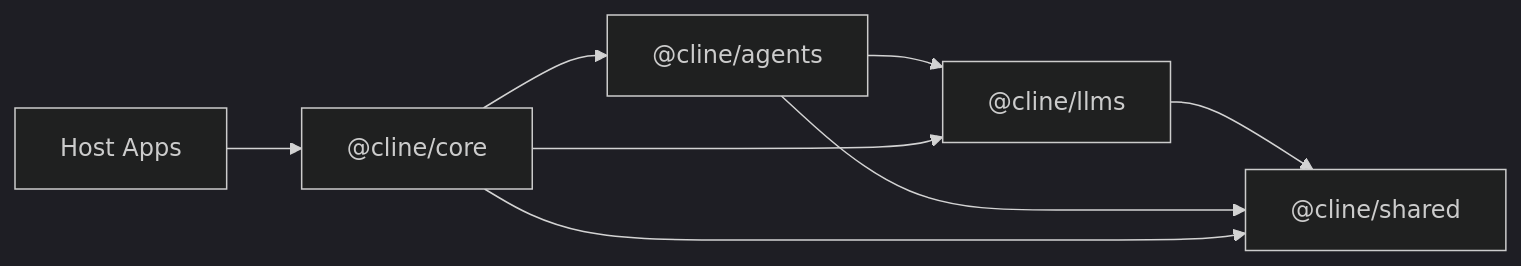
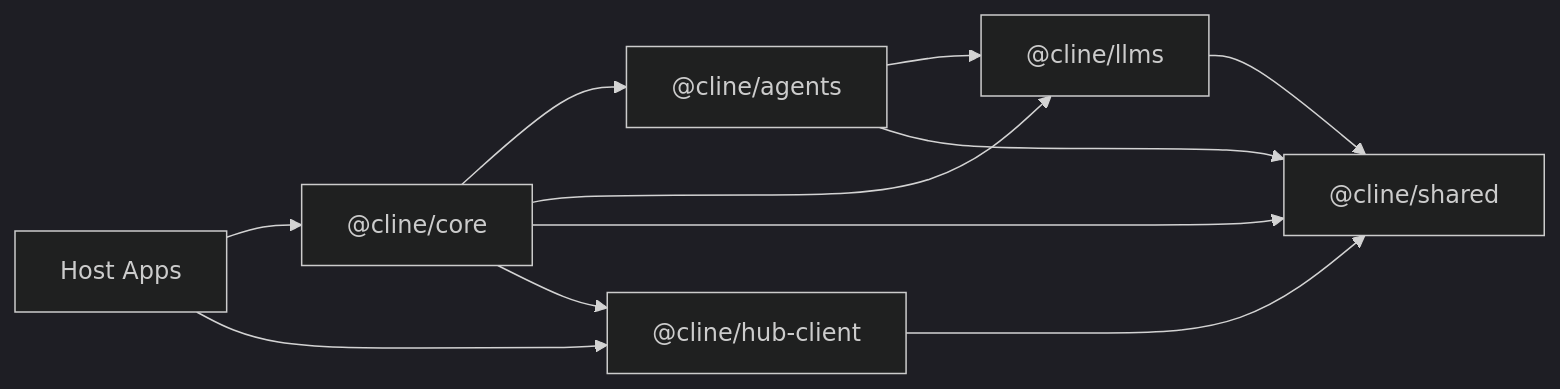
Before and after one commit to cline/cline: the diagram in sdk/ARCHITECTURE.md, drawn with Mermaid (dark theme). The commit also changed other lines of this file and 534 other files, not shown here.

Commit message:
feat(mobile): add React Native mobile app and hub client support

````diff
--- a/sdk/ARCHITECTURE.md
+++ b/sdk/ARCHITECTURE.md
@@ -26,16 +26,20 @@
 ```mermaid
 flowchart LR
   shared["@cline/shared"]
   llms["@cline/llms"]
   agents["@cline/agents"]
+  hubClient["@cline/hub-client"]
   core["@cline/core"]
   apps["Host Apps"]
 
   llms --> shared
   agents --> llms
   agents --> shared
+  hubClient --> shared
   core --> agents
   core --> llms
   core --> shared
+  core --> hubClient
   apps --> core
+  apps --> hubClient
 ```
````
